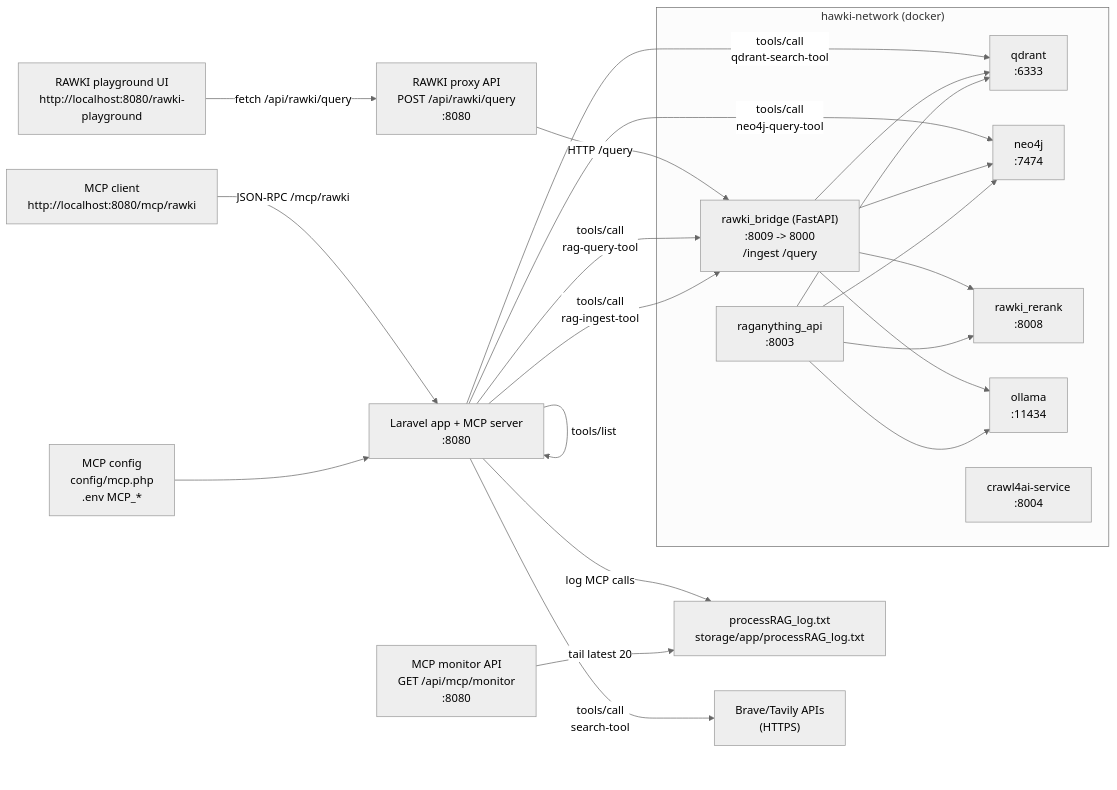
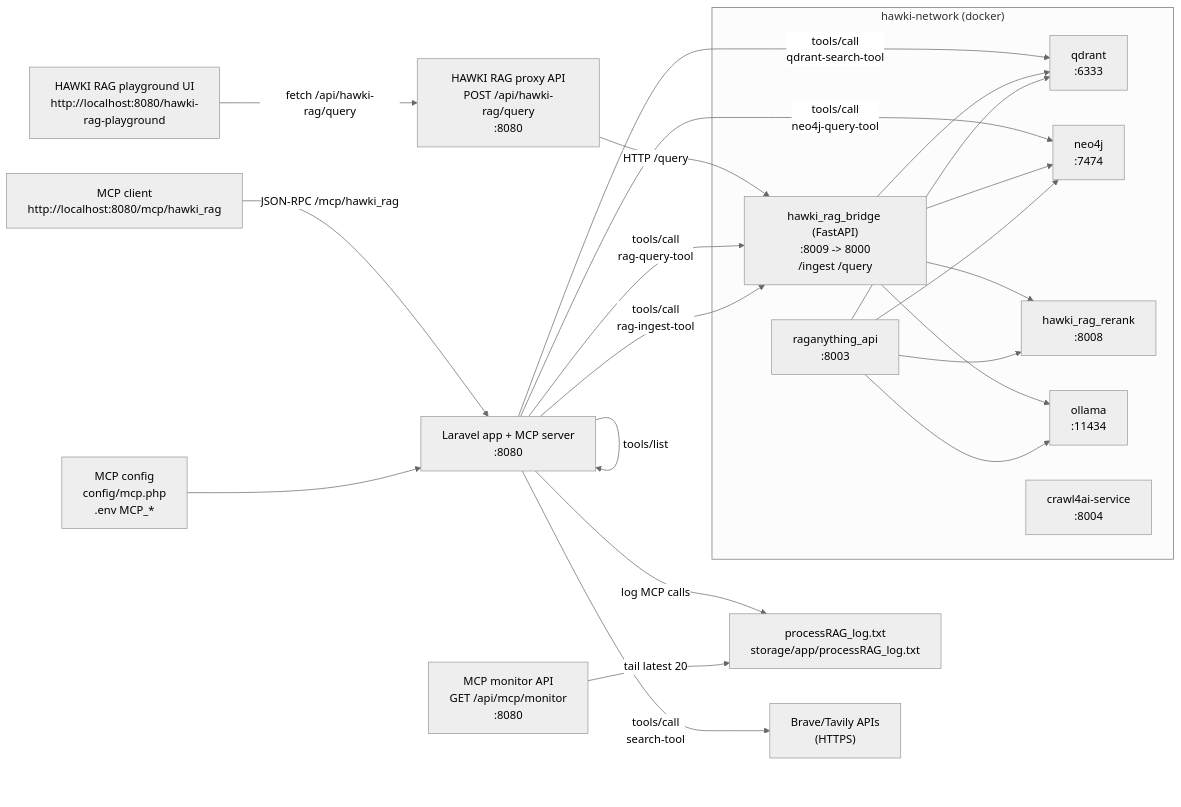
The diagram in docs/mcp-full.mermaid (hawk-digital-environments/HAWKI-RAG), drawn with Mermaid (neutral theme) before and after one commit. The commit also changed 53 other files, not shown here.

Commit message:
Huge name refactor RAWKI > HAWKI_RAG

```diff
--- a/docs/mcp-full.mermaid
+++ b/docs/mcp-full.mermaid
@@ -1,45 +1,45 @@
 flowchart LR
-  Client["MCP client\nhttp://localhost:8080/mcp/rawki"]
-  WebUI["RAWKI playground UI\nhttp://localhost:8080/rawki-playground"]
+  Client["MCP client\nhttp://localhost:8080/mcp/hawki_rag"]
+  WebUI["HAWKI RAG playground UI\nhttp://localhost:8080/hawki-rag-playground"]
   Laravel["Laravel app + MCP server\n:8080"]
-  Proxy["RAWKI proxy API\nPOST /api/rawki/query\n:8080"]
+  Proxy["HAWKI RAG proxy API\nPOST /api/hawki-rag/query\n:8080"]
   Monitor["MCP monitor API\nGET /api/mcp/monitor\n:8080"]
   Log["processRAG_log.txt\nstorage/app/processRAG_log.txt"]
   Config["MCP config\nconfig/mcp.php\n.env MCP_*"]
 
   subgraph Docker["hawki-network (docker)"]
-    Bridge["rawki_bridge (FastAPI)\n:8009 -> 8000\n/ingest /query"]
+    Bridge["hawki_rag_bridge (FastAPI)\n:8009 -> 8000\n/ingest /query"]
     RAGAPI["raganything_api\n:8003"]
     Qdrant["qdrant\n:6333"]
     Neo4j["neo4j\n:7474"]
-    Rerank["rawki_rerank\n:8008"]
+    Rerank["hawki_rag_rerank\n:8008"]
     Ollama["ollama\n:11434"]
     Crawler["crawl4ai-service\n:8004"]
   end
 
   Search["Brave/Tavily APIs\n(HTTPS)"]
 
-  WebUI -->|fetch /api/rawki/query| Proxy
+  WebUI -->|fetch /api/hawki-rag/query| Proxy
   Proxy -->|HTTP /query| Bridge
 
-  Client -->|JSON-RPC /mcp/rawki| Laravel
+  Client -->|JSON-RPC /mcp/hawki_rag| Laravel
   Config --> Laravel
   Laravel -->|tools/list| Laravel
   Laravel -->|tools/call\nrag-query-tool| Bridge
   Laravel -->|tools/call\nrag-ingest-tool| Bridge
   Laravel -->|tools/call\nqdrant-search-tool| Qdrant
   Laravel -->|tools/call\nneo4j-query-tool| Neo4j
   Laravel -->|tools/call\nsearch-tool| Search
 
   Bridge --> Qdrant
   Bridge --> Neo4j
   Bridge --> Rerank
   Bridge --> Ollama
 
   RAGAPI --> Qdrant
   RAGAPI --> Neo4j
   RAGAPI --> Rerank
   RAGAPI --> Ollama
 
   Laravel -->|log MCP calls| Log
   Monitor -->|tail latest 20| Log
```
